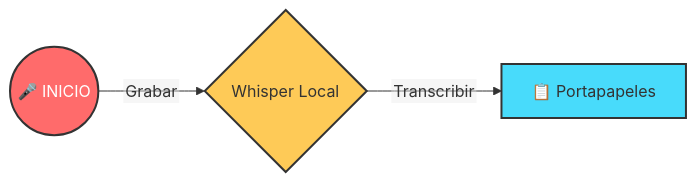
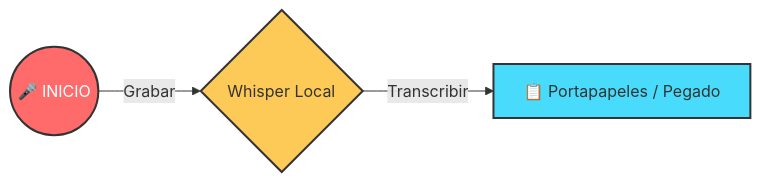
Before and after one commit to zarvent/v2m-lab: the first of 2 diagrams in docs/docs/es/guia_rapida.md, drawn with Mermaid. The commit also changed other lines of this file and 6 other files, not shown here.

````diff
--- a/docs/docs/es/guia_rapida.md
+++ b/docs/docs/es/guia_rapida.md
@@ -18,10 +20,9 @@
 ```mermaid
-%%{init: {"flowchart": {"htmlLabels": false}} }%%
 flowchart LR
     A((🎤 INICIO)) -->|Grabar| B{Whisper Local}
-    B -->|Transcribir| C[📋 Portapapeles]
+    B -->|Transcribir| C[📋 Portapapeles / Pegado]
 
     style A fill:#ff6b6b,stroke:#333,stroke-width:2px,color:white
     style B fill:#feca57,stroke:#333,stroke-width:2px
     style C fill:#48dbfb,stroke:#333,stroke-width:2px
 ```
````
